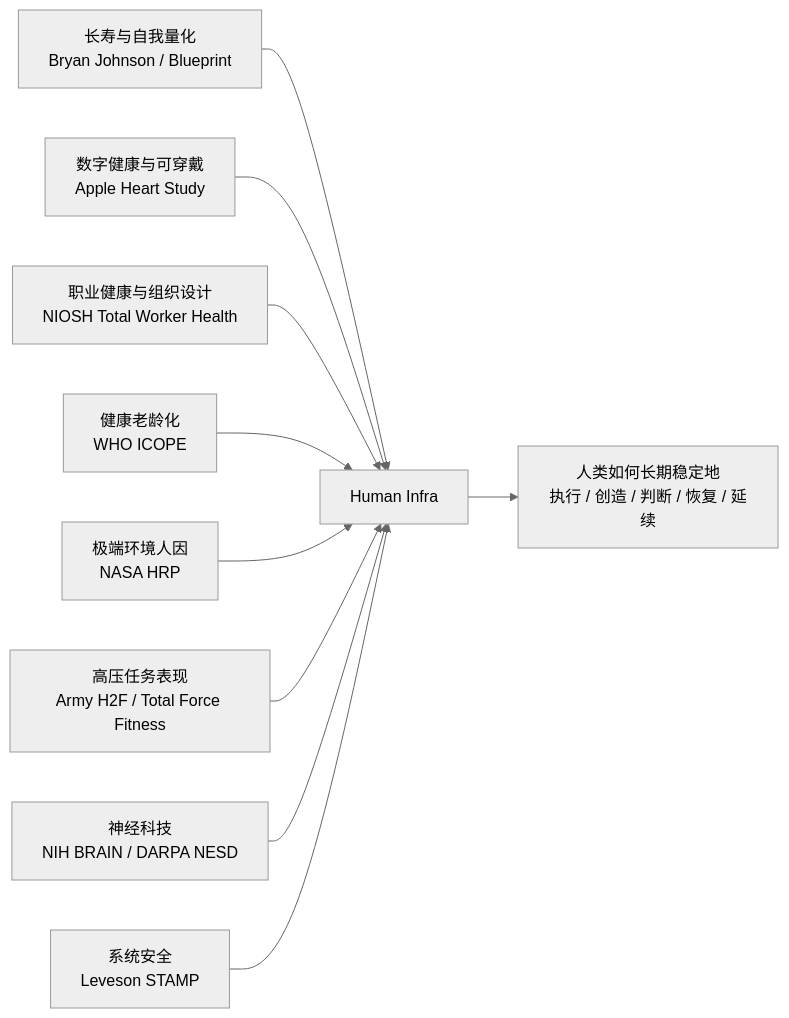
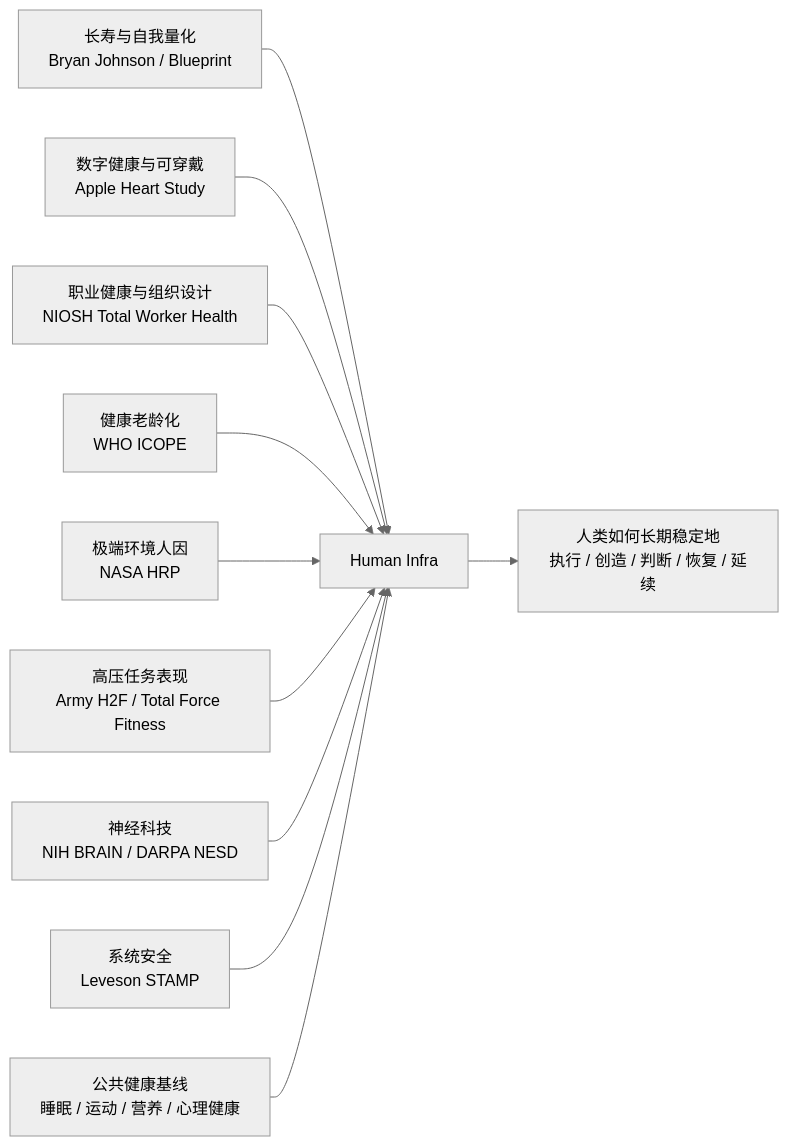
Before and after one commit to 123olp/ys: the first of 4 diagrams in README.md, drawn with Mermaid (neutral theme). The commit also changed other lines of this file and 1 other file, not shown here.

````diff
--- a/README.md
+++ b/README.md
@@ -22,13 +22,14 @@
 ```mermaid
 flowchart LR
     A[长寿与自我量化<br/>Bryan Johnson / Blueprint] --> H[Human Infra]
     B[数字健康与可穿戴<br/>Apple Heart Study] --> H
     C[职业健康与组织设计<br/>NIOSH Total Worker Health] --> H
     D[健康老龄化<br/>WHO ICOPE] --> H
     E[极端环境人因<br/>NASA HRP] --> H
     F[高压任务表现<br/>Army H2F / Total Force Fitness] --> H
     G[神经科技<br/>NIH BRAIN / DARPA NESD] --> H
     I[系统安全<br/>Leveson STAMP] --> H
+    K[公共健康基线<br/>睡眠 / 运动 / 营养 / 心理健康] --> H
 
     H --> J[人类如何长期稳定地<br/>执行 / 创造 / 判断 / 恢复 / 延续]
 ```
````
